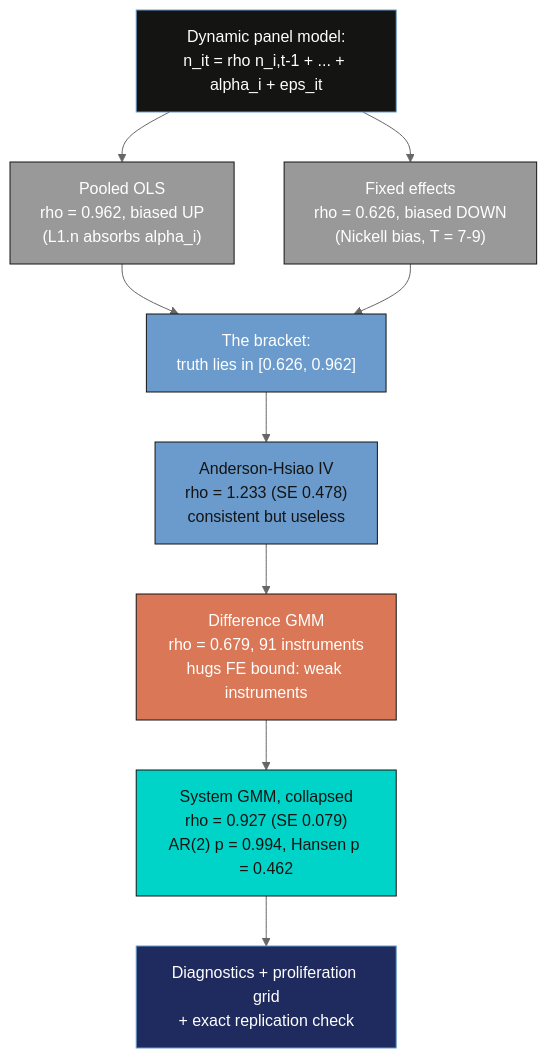
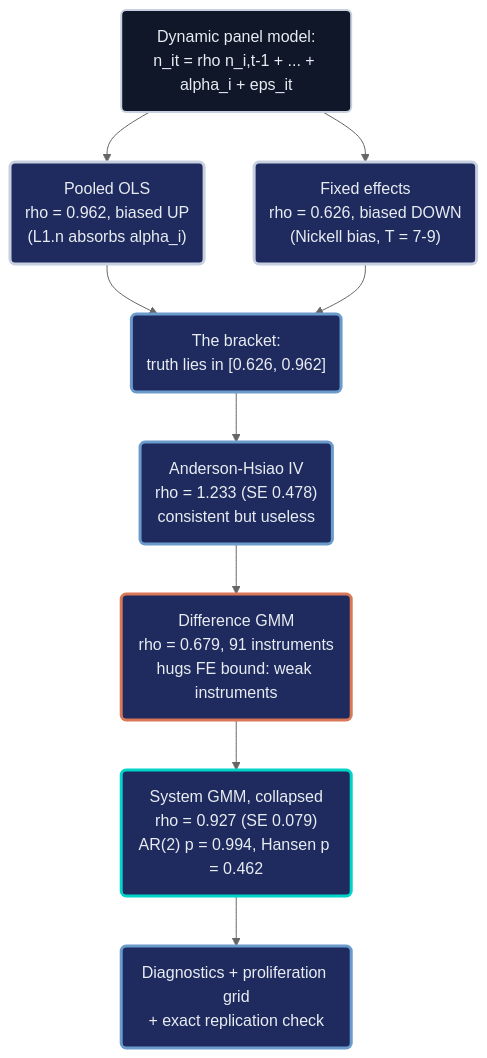
One commit to cmg777/starter-academic-v501 changed the diagram in content/post/python_dynamic_panel/references/tutorial.qmd. Above: the diagram before and after it, drawn with Mermaid (neutral theme). The commit also changed other lines of this file and 42 other files, not shown here.

First line of the commit message:
content(mermaid): restyle Mermaid copies in tutorial sources and the LaLonde slide deck

````diff
--- a/content/post/python_dynamic_panel/references/tutorial.qmd
+++ b/content/post/python_dynamic_panel/references/tutorial.qmd
@@ -77,20 +77,22 @@
 ```{mermaid}
 flowchart TD
-    A["Dynamic panel model:<br/>n_it = rho n_i,t-1 + ... + alpha_i + eps_it"]
-    A --> B["Pooled OLS<br/>rho = 0.962, biased UP<br/>(L1.n absorbs alpha_i)"]
-    A --> C["Fixed effects<br/>rho = 0.626, biased DOWN<br/>(Nickell bias, T = 7-9)"]
-    B --> D["The bracket:<br/>truth lies in [0.626, 0.962]"]
+    A("Dynamic panel model:<br/>n_it = rho n_i,t-1 + ... + alpha_i + eps_it")
+    A --> B("Pooled OLS<br/>rho = 0.962, biased UP<br/>(L1.n absorbs alpha_i)")
+    A --> C("Fixed effects<br/>rho = 0.626, biased DOWN<br/>(Nickell bias, T = 7-9)")
+    B --> D("The bracket:<br/>truth lies in [0.626, 0.962]")
     C --> D
-    D --> E["Anderson-Hsiao IV<br/>rho = 1.233 (SE 0.478)<br/>consistent but useless"]
-    E --> F["Difference GMM<br/>rho = 0.679, 91 instruments<br/>hugs FE bound: weak instruments"]
-    F --> G["System GMM, collapsed<br/>rho = 0.927 (SE 0.079)<br/>AR(2) p = 0.994, Hansen p = 0.462"]
-    G --> H["Diagnostics + proliferation grid<br/>+ exact replication check"]
-    style A fill:#141413,stroke:#6a9bcc,color:#fff
-    style B fill:#999999,stroke:#141413,color:#fff
-    style C fill:#999999,stroke:#141413,color:#fff
-    style D fill:#6a9bcc,stroke:#141413,color:#fff
-    style E fill:#6a9bcc,stroke:#141413,color:#141413
-    style F fill:#d97757,stroke:#141413,color:#fff
-    style G fill:#00d4c8,stroke:#141413,color:#141413
-    style H fill:#1f2b5e,stroke:#6a9bcc,color:#fff
+    D --> E("Anderson-Hsiao IV<br/>rho = 1.233 (SE 0.478)<br/>consistent but useless")
+    E --> F("Difference GMM<br/>rho = 0.679, 91 instruments<br/>hugs FE bound: weak instruments")
+    F --> G("System GMM, collapsed<br/>rho = 0.927 (SE 0.079)<br/>AR(2) p = 0.994, Hansen p = 0.462")
+    G --> H("Diagnostics + proliferation grid<br/>+ exact replication check")
+    classDef anchor fill:#0f1729,stroke:#c8d0e0,stroke-width:2px,color:#e8ecf2
+    classDef gray fill:#1f2b5e,stroke:#c8d0e0,stroke-width:3px,color:#e8ecf2
+    classDef blue fill:#1f2b5e,stroke:#6a9bcc,stroke-width:3px,color:#e8ecf2
+    classDef orange fill:#1f2b5e,stroke:#d97757,stroke-width:3px,color:#e8ecf2
+    classDef teal fill:#1f2b5e,stroke:#00d4c8,stroke-width:3px,color:#e8ecf2
+    class A anchor
+    class B,C gray
+    class D,E,H blue
+    class F orange
+    class G teal
 ```
````
